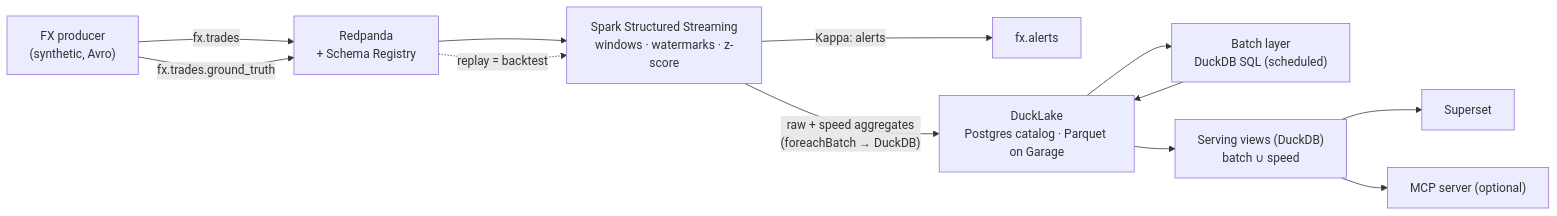
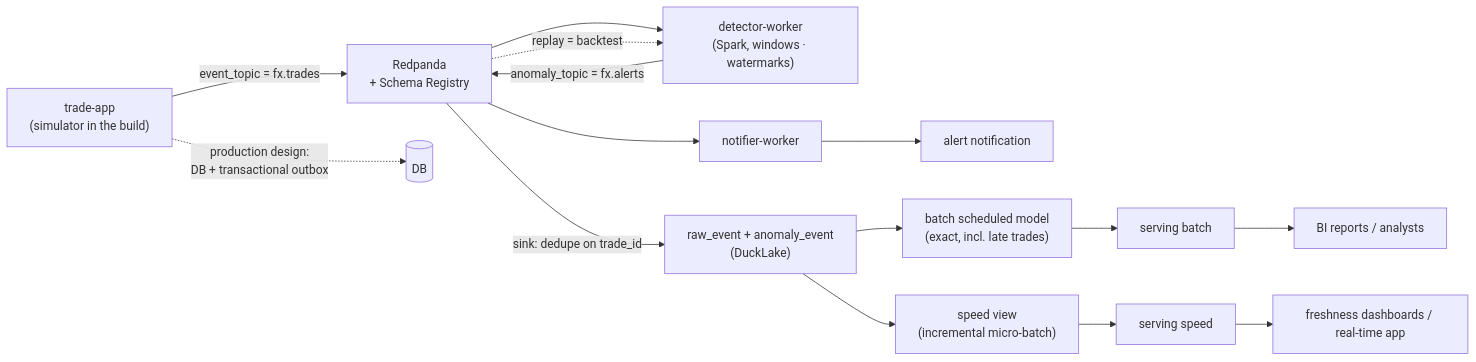
One commit to phakawatfong/kangarooz changed the diagram in docs/design/00-overview.md. Above: the diagram before and after it, drawn with Mermaid. The commit also changed other lines of this file and 5 other files, not shown here.

````diff
--- a/docs/design/00-overview.md
+++ b/docs/design/00-overview.md
@@ -45,14 +47,14 @@
 ```mermaid
 flowchart LR
-  P["FX producer<br>(synthetic, Avro)"] -->|fx.trades| RP["Redpanda<br>+ Schema Registry"]
-  P -->|fx.trades.ground_truth| RP
-  RP --> SP["Spark Structured Streaming<br>windows · watermarks · z-score"]
-  SP -->|"Kappa: alerts"| AT["fx.alerts"]
-  SP -->|"raw + speed aggregates<br>(foreachBatch → DuckDB)"| DL["DuckLake<br>Postgres catalog · Parquet on Garage"]
-  DL --> BJ["Batch layer<br>DuckDB SQL (scheduled)"]
-  BJ --> DL
-  DL --> SV["Serving views (DuckDB)<br>batch ∪ speed"]
-  SV --> SS["Superset"]
-  SV --> MCP["MCP server (optional)"]
-  RP -.->|"replay = backtest"| SP
+  APP["trade-app<br>(simulator in the build)"] -->|event_topic = fx.trades| MQ["Redpanda<br>+ Schema Registry"]
+  APP -.->|"production design:<br>DB + transactional outbox"| DB[("DB")]
+  MQ --> DET["detector-worker<br>(Spark, windows · watermarks)"]
+  DET -->|anomaly_topic = fx.alerts| MQ
+  MQ --> NOT["notifier-worker"] --> AL["alert notification"]
+  MQ -->|sink: dedupe on trade_id| RAW["raw_event + anomaly_event<br>(DuckLake)"]
+  RAW --> BATCH["batch scheduled model<br>(exact, incl. late trades)"]
+  RAW --> SPEED["speed view<br>(incremental micro-batch)"]
+  BATCH --> SB["serving batch"] --> BI["BI reports / analysts"]
+  SPEED --> SS["serving speed"] --> RT["freshness dashboards / real-time app"]
+  MQ -.->|"replay = backtest"| DET
 ```
````
